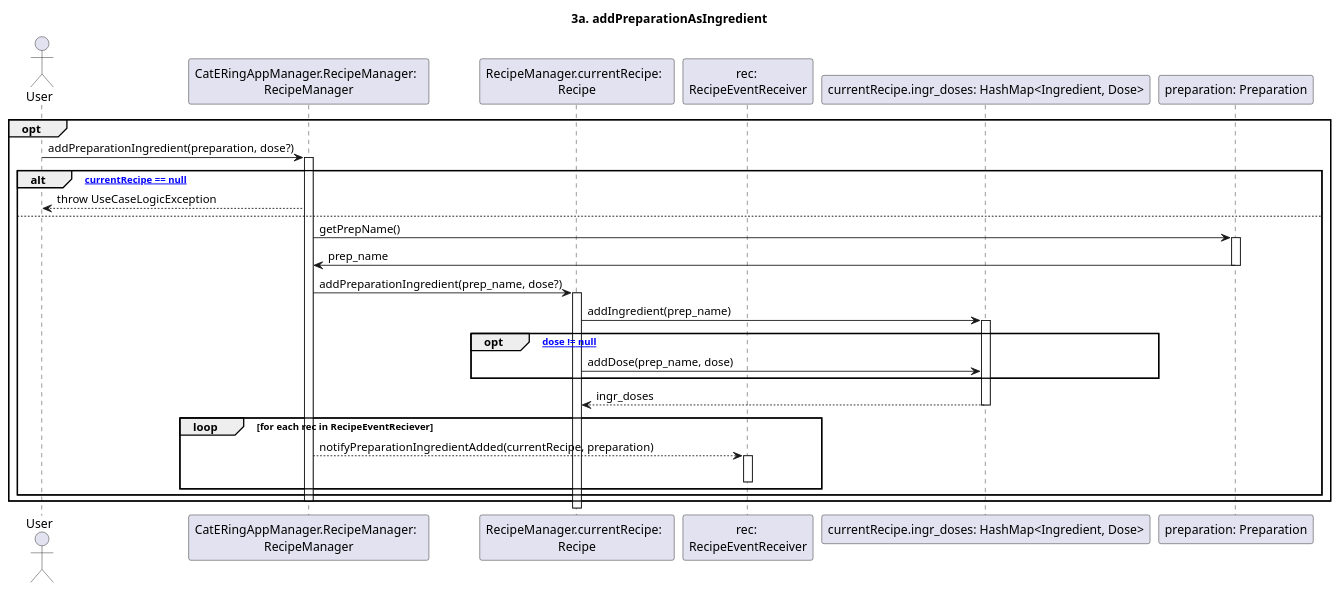
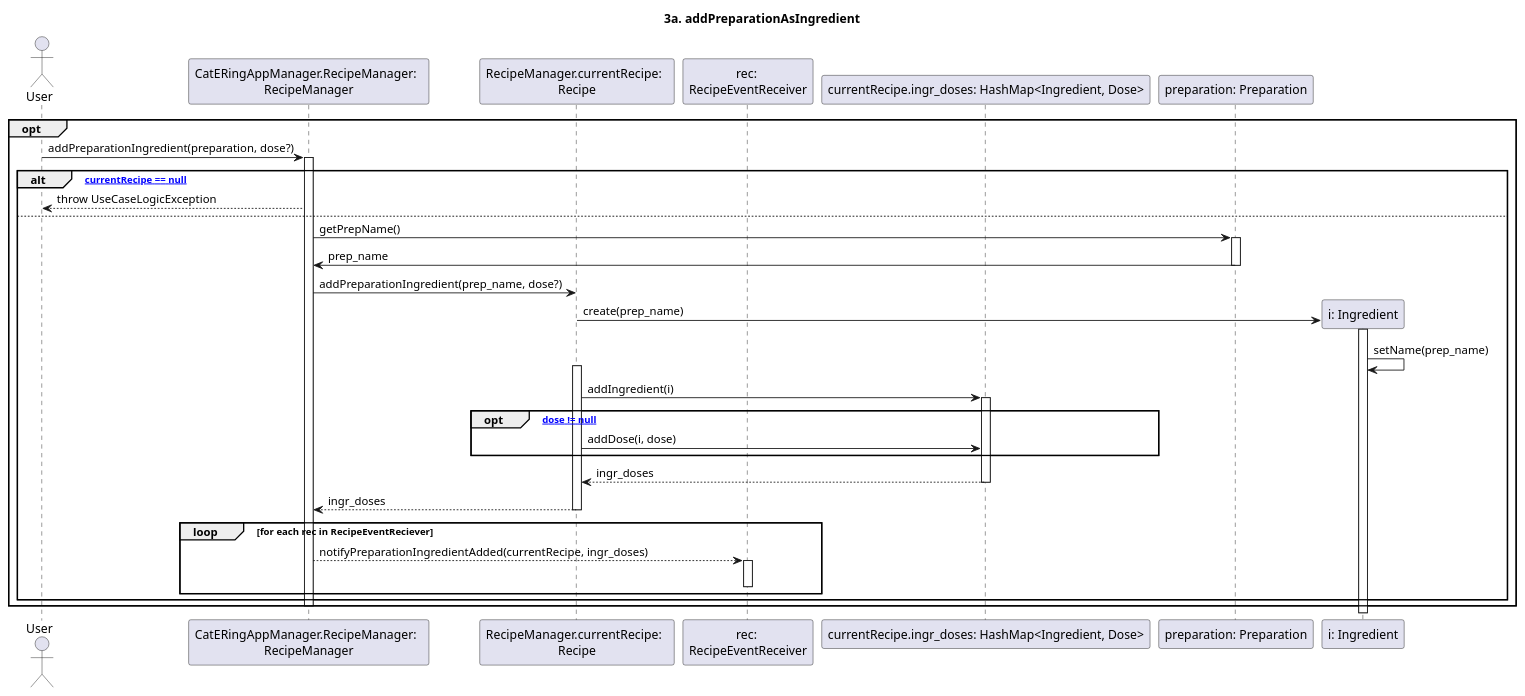
The diagram in dsd/dsd-ricette/estensioni/3a-addPreparationIngredient.md (m0canu1/sas), drawn with PlantUML before and after one commit. The commit also changed 2 other files, not shown here.

Commit message:
altre cose

````diff
--- a/dsd/dsd-ricette/estensioni/3a-addPreparationIngredient.md
+++ b/dsd/dsd-ricette/estensioni/3a-addPreparationIngredient.md
@@ -1,43 +1,49 @@
 ```plantuml
 
 title: 3a. addPreparationAsIngredient
 
 Actor User
 Participant "CatERingAppManager.RecipeManager:  \nRecipeManager" as RM
 Participant "RecipeManager.currentRecipe:  \nRecipe" as CR
 Participant "rec: \nRecipeEventReceiver" as RER
 Participant "currentRecipe.ingr_doses: HashMap<Ingredient, Dose>" as HM
 
 opt
 
 	User -> RM: addPreparationIngredient(preparation, dose?)
 	Activate RM
 	alt ["currentRecipe == null"]
 		RM --> User: throw UseCaseLogicException
 	else
 		RM -> "preparation: Preparation": getPrepName()
 		Activate "preparation: Preparation"
 		"preparation: Preparation" -> RM: prep_name
 		Deactivate "preparation: Preparation"
+		RM -> CR: addPreparationIngredient(prep_name, dose?)
 
-		RM -> CR: addPreparationIngredient(prep_name, dose?)
+		create "i: Ingredient"
+		CR -> "i: Ingredient": create(prep_name)
+		Activate "i: Ingredient"
+			"i: Ingredient" -> "i: Ingredient": setName(prep_name)
+
 		Activate CR
-			CR -> HM: addIngredient(prep_name)
+			CR -> HM: addIngredient(i)
 			Activate HM
 				opt ["dose != null"]
-			    CR -> HM: addDose(prep_name, dose)
+			    CR -> HM: addDose(i, dose)
 				end
 				HM --> CR: ingr_doses
       Deactivate HM
-
+		CR --> RM: ingr_doses
+		deactivate CR
 			loop for each rec in RecipeEventReciever
-					RM --> RER: notifyPreparationIngredientAdded(currentRecipe, preparation)
+					RM --> RER: notifyPreparationIngredientAdded(currentRecipe, ingr_doses)
 					activate RER
 					deactivate RER
 			end
   end
 	Deactivate RM
 
 end
 
 ```
````
